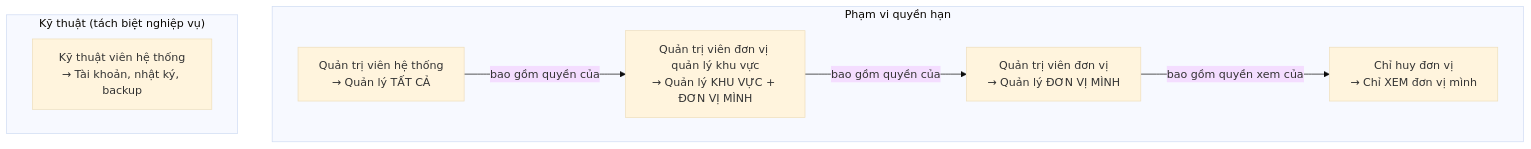
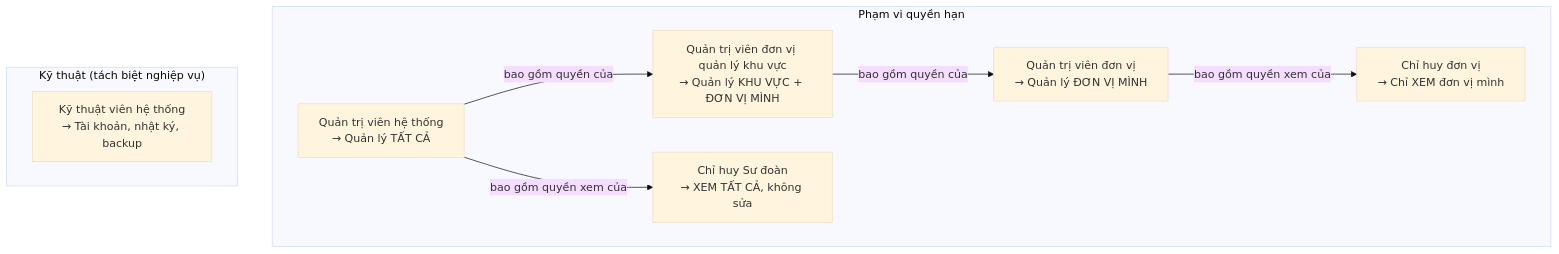
Before and after one commit to manhcuongdtbk/electric-water-management: the fourth of 6 diagrams in docs/V2_XAC_NHAN_NGHIEP_VU.md, drawn with Mermaid (base theme). The commit also changed other lines of this file and 2 other files, not shown here.

````diff
--- a/docs/V2_XAC_NHAN_NGHIEP_VU.md
+++ b/docs/V2_XAC_NHAN_NGHIEP_VU.md
@@ -516,16 +518,18 @@
 ```mermaid
 graph TD
     subgraph "Phạm vi quyền hạn"
         QT1["Quản trị viên hệ thống\n→ Quản lý TẤT CẢ"]
+        CHSD["Chỉ huy Sư đoàn\n→ XEM TẤT CẢ, không sửa"]
         QTDVQLKV["Quản trị viên đơn vị quản lý khu vực\n→ Quản lý KHU VỰC + ĐƠN VỊ MÌNH"]
         QTDV["Quản trị viên đơn vị\n→ Quản lý ĐƠN VỊ MÌNH"]
         CHDV["Chỉ huy đơn vị\n→ Chỉ XEM đơn vị mình"]
     end
     subgraph "Kỹ thuật (tách biệt nghiệp vụ)"
         KTV["Kỹ thuật viên hệ thống\n→ Tài khoản, nhật ký, backup"]
     end
 
     QT1 -->|"bao gồm quyền của"| QTDVQLKV
+    QT1 -->|"bao gồm quyền xem của"| CHSD
     QTDVQLKV -->|"bao gồm quyền của"| QTDV
     QTDV -->|"bao gồm quyền xem của"| CHDV
 ```
````
